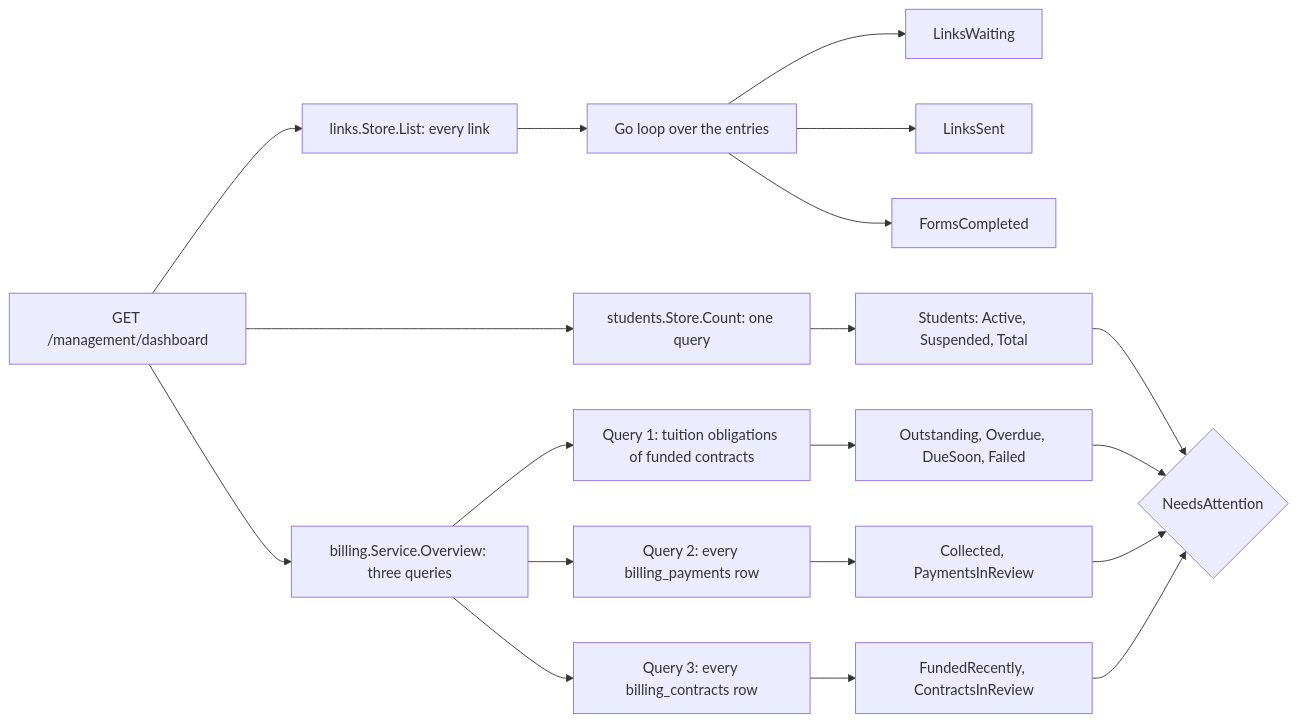
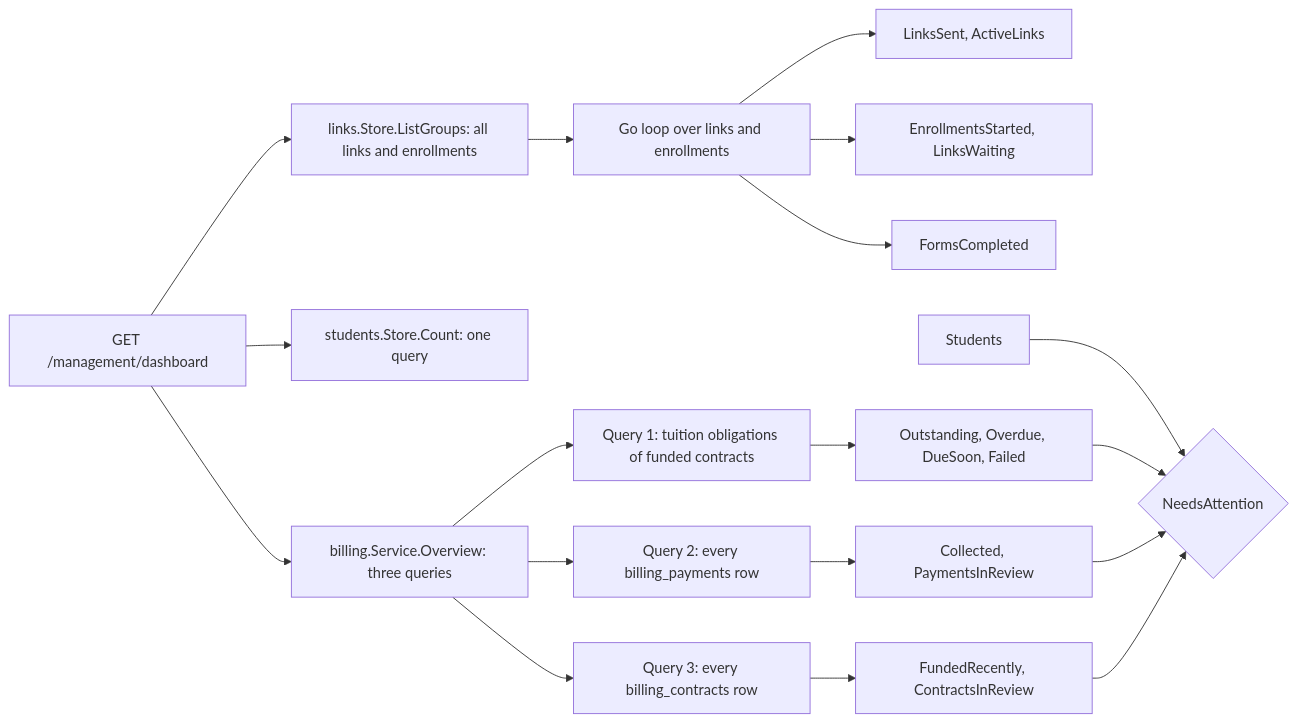
Before and after one commit to devGabriel131/ProjectHermes: the diagram in docs/management/dashboard.md, drawn with Mermaid. The commit also changed other lines of this file and 63 other files, not shown here.

````diff
--- a/docs/management/dashboard.md
+++ b/docs/management/dashboard.md
@@ -9,21 +9,20 @@
 ```mermaid
 flowchart LR
-    Handler["GET /management/dashboard"] --> Links["links.Store.List: every link"]
+    Handler["GET /management/dashboard"] --> Links["links.Store.ListGroups: all links and enrollments"]
     Handler --> Count["students.Store.Count: one query"]
     Handler --> Overview["billing.Service.Overview: three queries"]
-    Links --> Loop["Go loop over the entries"]
-    Loop --> Waiting["LinksWaiting"]
-    Loop --> Sent["LinksSent"]
+    Links --> Loop["Go loop over links and enrollments"]
+    Loop --> Sent["LinksSent, ActiveLinks"]
+    Loop --> Started["EnrollmentsStarted, LinksWaiting"]
     Loop --> Forms["FormsCompleted"]
-    Count --> Students["Students: Active, Suspended, Total"]
     Overview --> Q1["Query 1: tuition obligations of funded contracts"]
     Overview --> Q2["Query 2: every billing_payments row"]
     Overview --> Q3["Query 3: every billing_contracts row"]
     Q1 --> Money["Outstanding, Overdue, DueSoon, Failed"]
     Q2 --> Cash["Collected, PaymentsInReview"]
     Q3 --> Contracts["FundedRecently, ContractsInReview"]
     Students --> Attention{"NeedsAttention"}
     Money --> Attention
     Cash --> Attention
     Contracts --> Attention
 ```
````
